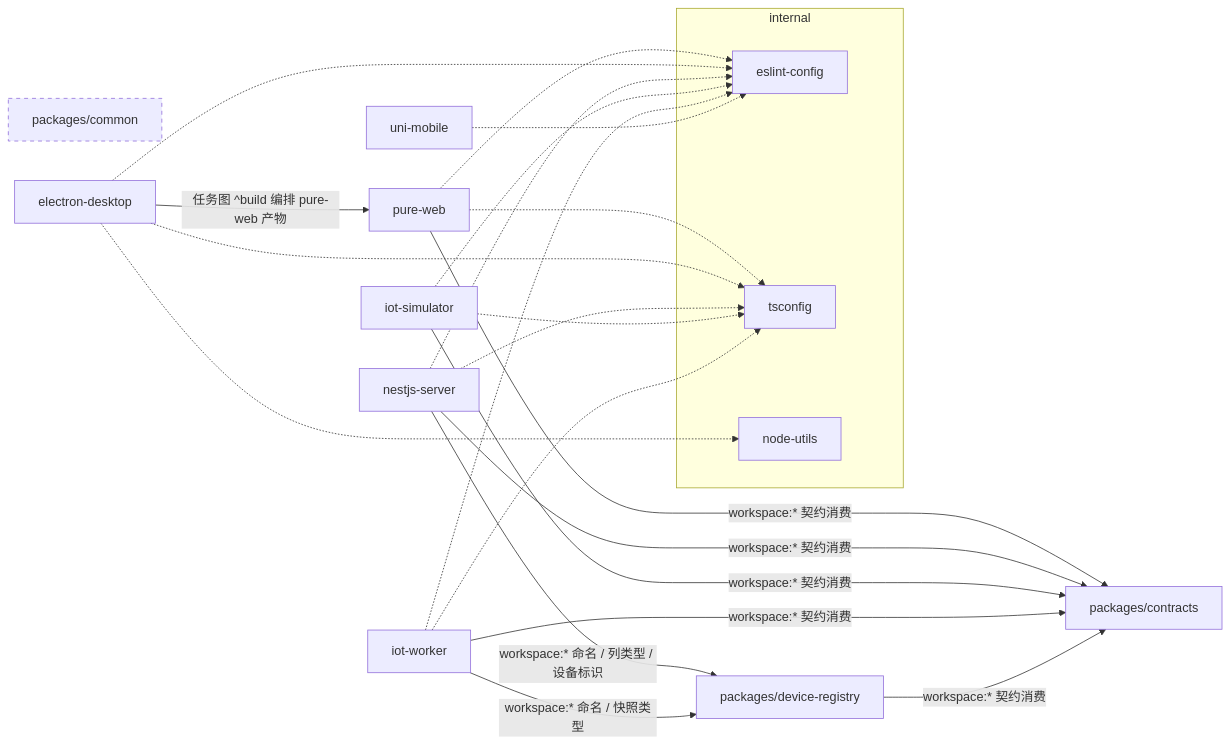
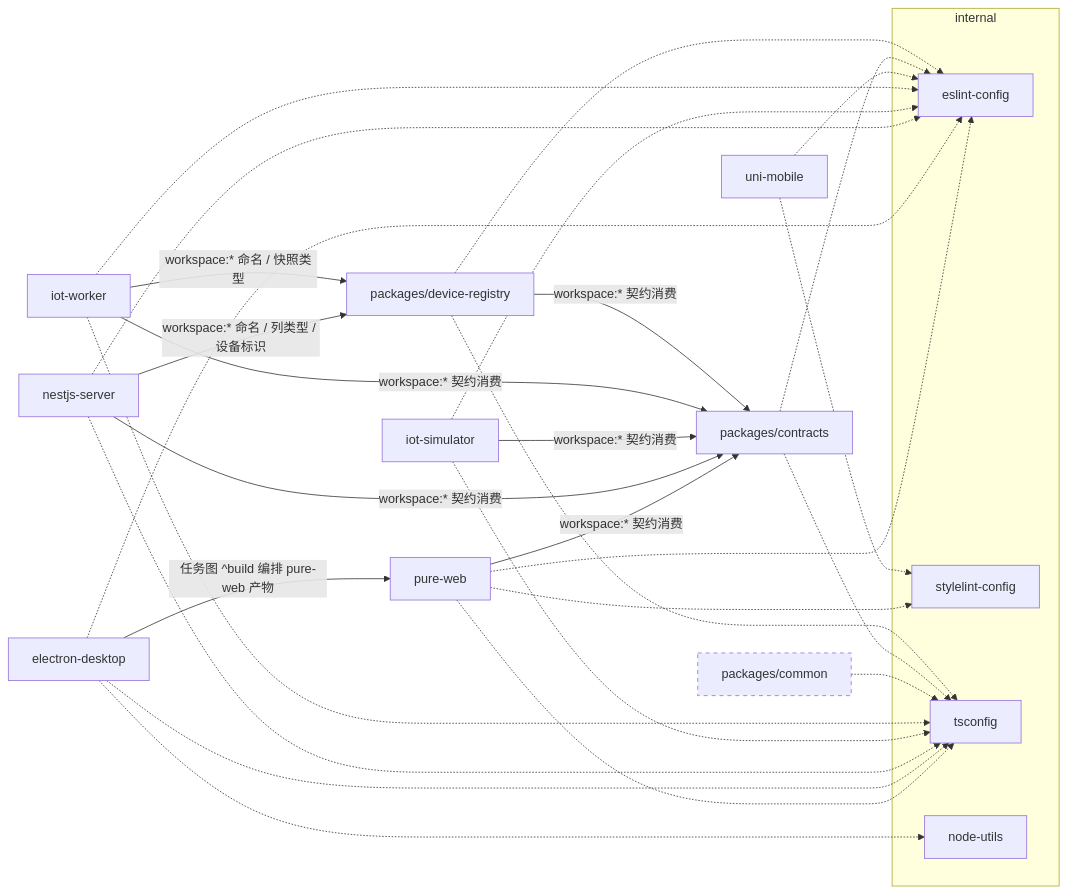
The diagram in docs/architecture/repo-structure.md (25lonelyboy/wewant-multi-admin), drawn with Mermaid before and after one commit. The commit also changed other lines of this file and 26 other files, not shown here.

````diff
--- a/docs/architecture/repo-structure.md
+++ b/docs/architecture/repo-structure.md
@@ -35,32 +35,36 @@
 ```mermaid
 flowchart LR
     common["packages/common"]:::unused
     contracts["packages/contracts"]
     subgraph internal
         eslint["eslint-config"]
+        stylelint["stylelint-config"]
         tsconfig["tsconfig"]
         nodeutils["node-utils"]
     end
     web["pure-web"]
     desktop["electron-desktop"]
     server["nestjs-server"]
     mobile["uni-mobile"]
     simulator["iot-simulator"]
     worker["iot-worker"]
     registry["packages/device-registry"]
     desktop -- "任务图 ^build 编排 pure-web 产物" --> web
     web -- "workspace:* 契约消费" --> contracts
     server -- "workspace:* 契约消费" --> contracts
     server -- "workspace:* 命名 / 列类型 / 设备标识" --> registry
     simulator -- "workspace:* 契约消费" --> contracts
     worker -- "workspace:* 契约消费" --> contracts
     worker -- "workspace:* 命名 / 快照类型" --> registry
     registry -- "workspace:* 契约消费" --> contracts
-    web -.-> eslint & tsconfig
+    web -.-> eslint & tsconfig & stylelint
     desktop -.-> nodeutils & tsconfig & eslint
     server -.-> tsconfig & eslint
     simulator -.-> tsconfig & eslint
     worker -.-> tsconfig & eslint
-    mobile -.-> eslint
+    mobile -.-> eslint & stylelint
+    common -.-> tsconfig
+    contracts -.-> tsconfig & eslint
+    registry -.-> tsconfig & eslint
     classDef unused stroke-dasharray: 5 5
 ```
````
